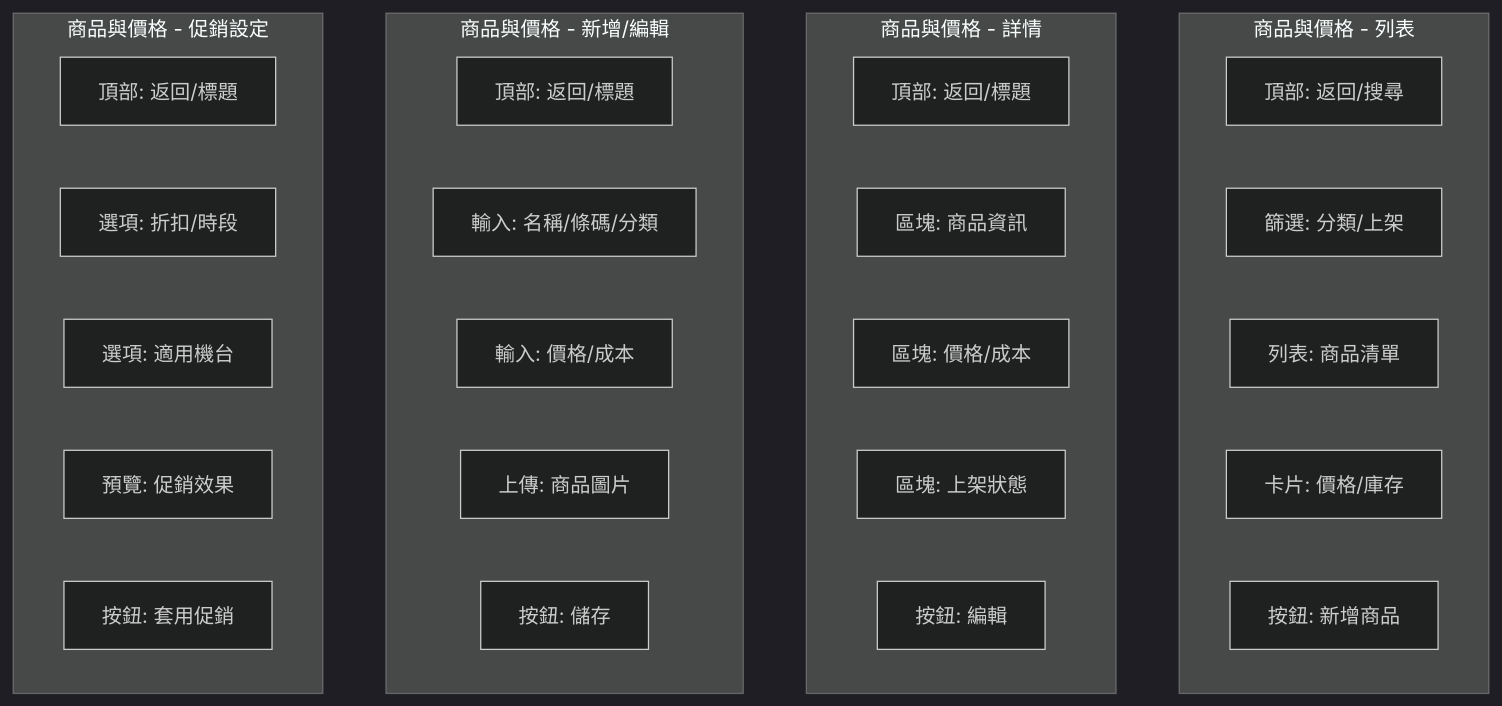
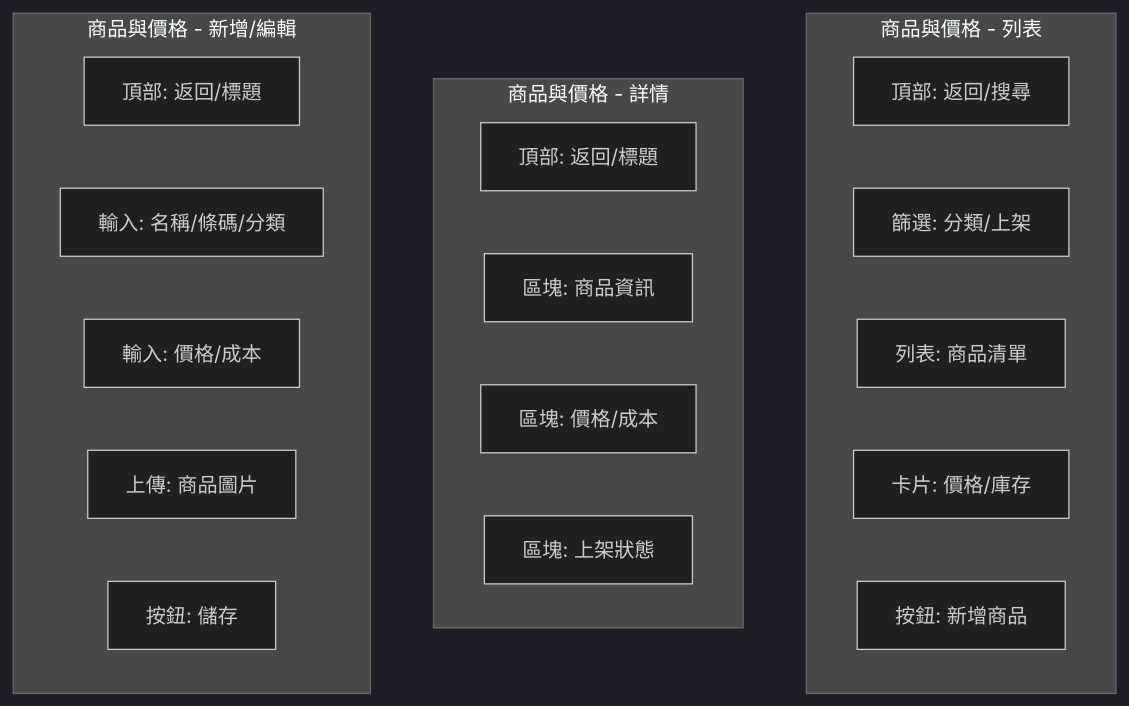
The diagram in docs/gui/role-func/admin-products-pricing.mmd (Yang-CMIND/zgovend), drawn with Mermaid (dark theme) before and after one commit. The commit also changed 13 other files, not shown here.

```diff
--- a/docs/gui/role-func/admin-products-pricing.mmd
+++ b/docs/gui/role-func/admin-products-pricing.mmd
@@ -1,32 +1,23 @@
 flowchart TB
   subgraph A1[商品與價格 - 列表]
     A1H[頂部: 返回/搜尋]
     A1S1[篩選: 分類/上架]
     A1S2[列表: 商品清單]
     A1S3[卡片: 價格/庫存]
     A1B1[按鈕: 新增商品]
   end
 
   subgraph A2[商品與價格 - 詳情]
     A2H[頂部: 返回/標題]
     A2S1[區塊: 商品資訊]
     A2S2[區塊: 價格/成本]
     A2S3[區塊: 上架狀態]
-    A2B1[按鈕: 編輯]
   end
 
   subgraph A3[商品與價格 - 新增/編輯]
     A3H[頂部: 返回/標題]
     A3S1[輸入: 名稱/條碼/分類]
     A3S2[輸入: 價格/成本]
     A3S3[上傳: 商品圖片]
     A3B1[按鈕: 儲存]
   end
-
-  subgraph A4[商品與價格 - 促銷設定]
-    A4H[頂部: 返回/標題]
-    A4S1[選項: 折扣/時段]
-    A4S2[選項: 適用機台]
-    A4S3[預覽: 促銷效果]
-    A4B1[按鈕: 套用促銷]
-  end
```
